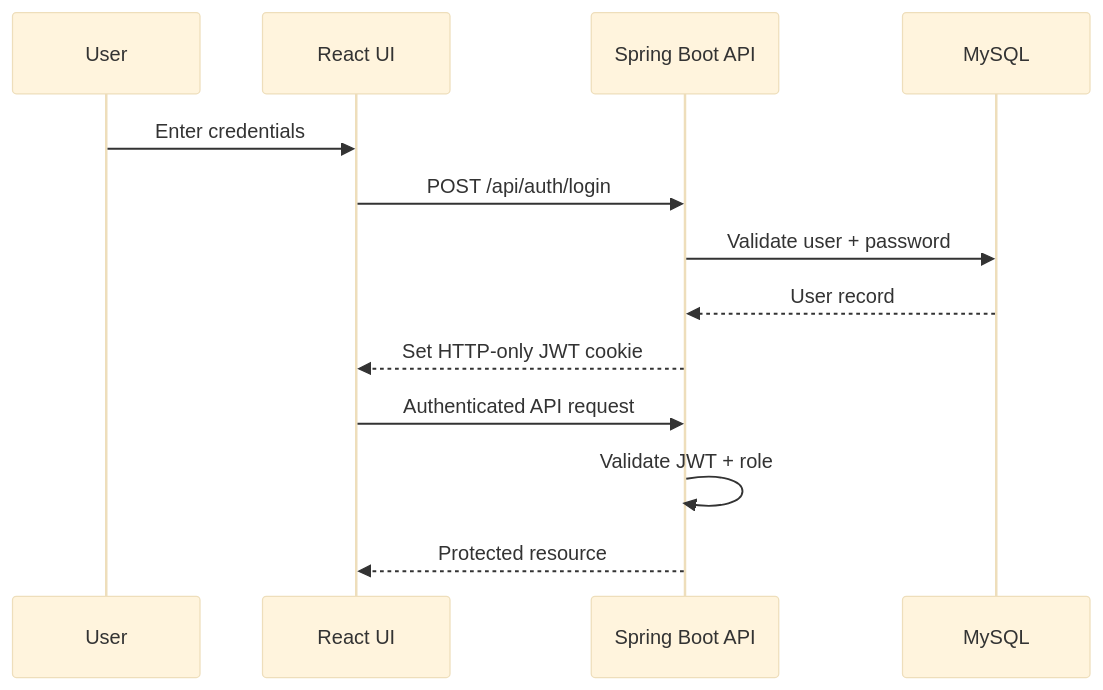
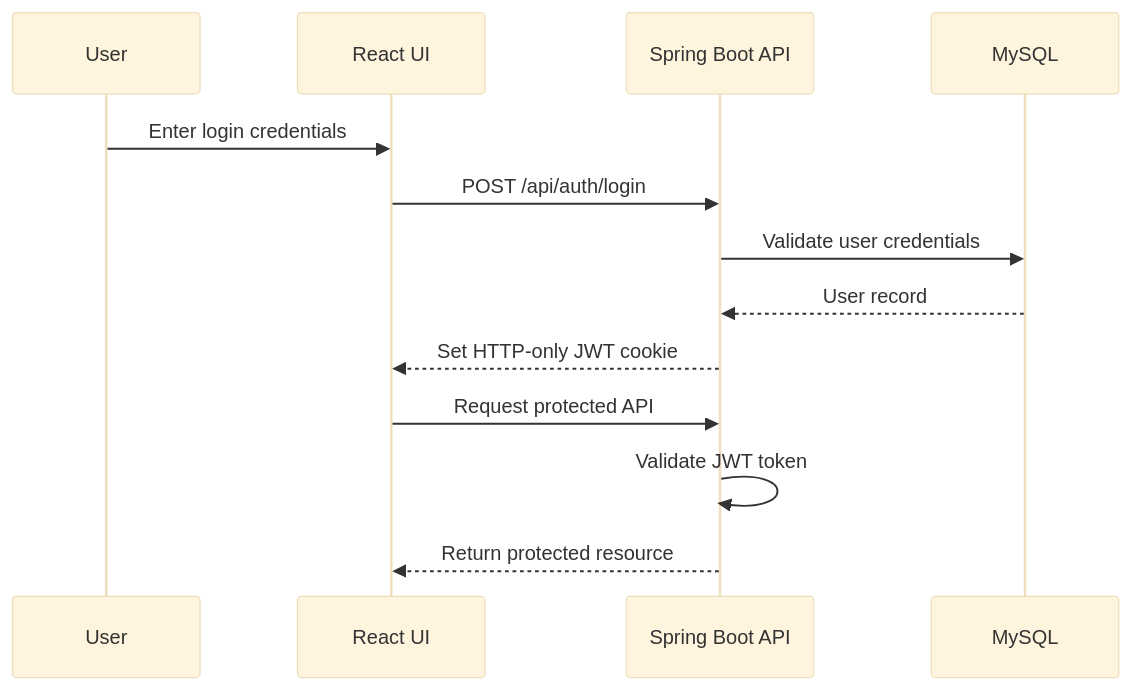
Before and after one commit to annnuuupam/NexCart: the second of 7 diagrams in README.md, drawn with Mermaid (base theme). The commit also changed other lines of this file, not shown here.

````diff
--- a/README.md
+++ b/README.md
@@ -53,16 +85,16 @@
 ```mermaid
 sequenceDiagram
   participant U as User
   participant FE as React UI
   participant BE as Spring Boot API
   participant DB as MySQL
 
-  U->>FE: Enter credentials
+  U->>FE: Enter login credentials
   FE->>BE: POST /api/auth/login
-  BE->>DB: Validate user + password
+  BE->>DB: Validate user credentials
   DB-->>BE: User record
   BE-->>FE: Set HTTP-only JWT cookie
-  FE->>BE: Authenticated API request
-  BE->>BE: Validate JWT + role
-  BE-->>FE: Protected resource
+  FE->>BE: Request protected API
+  BE->>BE: Validate JWT token
+  BE-->>FE: Return protected resource
 ```
````
